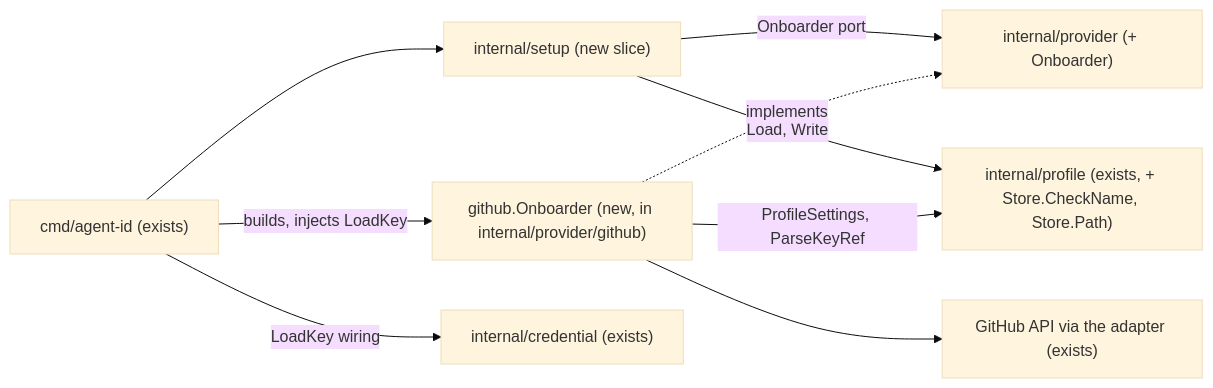
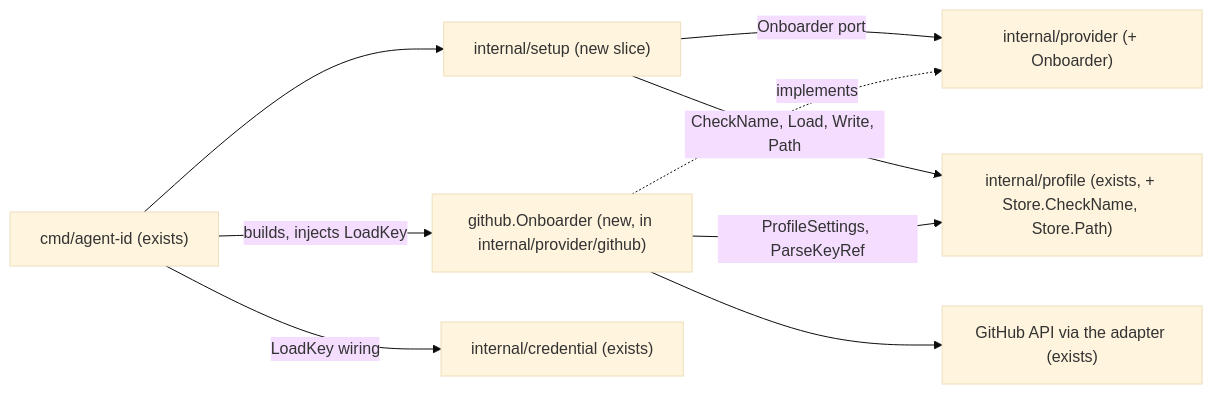
The diagram in .ai/specs/2026-11-13-setup-github.md (cultofthecode/agent-id), drawn with Mermaid (base theme) before and after one commit. The commit also changed other lines of this file, not shown here.

Commit message:
docs(specs): CheckName in setup's store port; setup owns the --profile texts (#19 nits)

````diff
--- a/.ai/specs/2026-11-13-setup-github.md
+++ b/.ai/specs/2026-11-13-setup-github.md
@@ -131,11 +131,11 @@
 ```mermaid
 flowchart LR
     Root["cmd/agent-id (exists)"] --> Setup["internal/setup (new slice)"]
     Root -->|builds, injects LoadKey| Onb["github.Onboarder (new, in internal/provider/github)"]
     Root -->|LoadKey wiring| Cred["internal/credential (exists)"]
     Setup -->|Onboarder port| Port["internal/provider (+ Onboarder)"]
-    Setup -->|Load, Write| Store["internal/profile (exists, + Store.CheckName, Store.Path)"]
+    Setup -->|CheckName, Load, Write, Path| Store["internal/profile (exists, + Store.CheckName, Store.Path)"]
     Onb -.implements.-> Port
     Onb -->|ProfileSettings, ParseKeyRef| Store
     Onb --> API["GitHub API via the adapter (exists)"]
 ```
````
